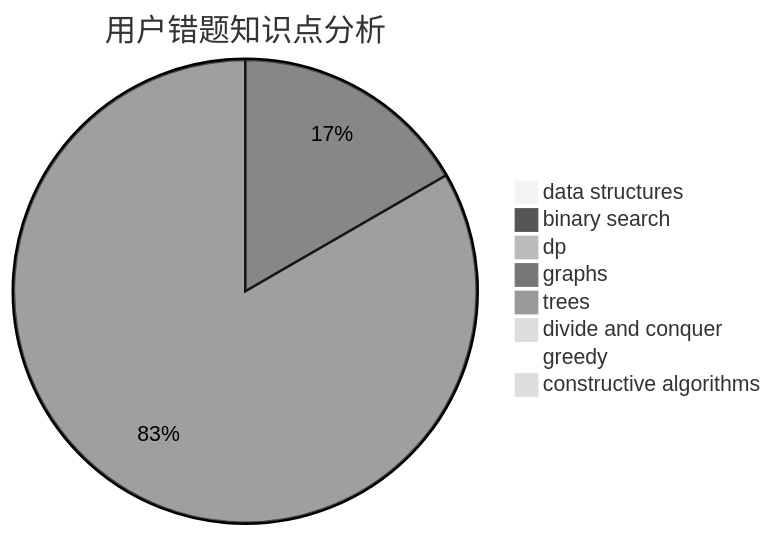
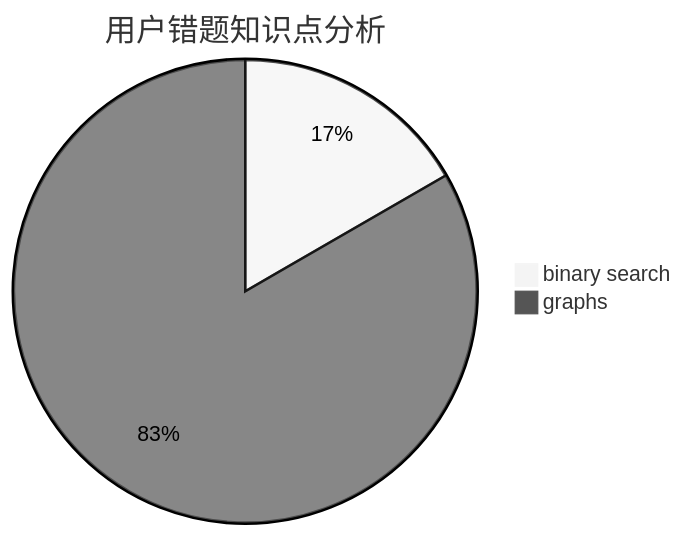
One commit to sherpahu/cfrs.github.io changed the third of 3 diagrams in docs/user/u2384.md. Above: the diagram before and after it, drawn with Mermaid (neutral theme). The commit also changed other lines of this file and 2770 other files, not shown here.

````diff
--- a/docs/user/u2384.md
+++ b/docs/user/u2384.md
@@ -31,11 +25,5 @@
 ```mermaid
 pie title 用户错题知识点分析
-    "data structures" :  0
     "binary search" :  2
-    "dp" :  0
     "graphs" :  10
-    "trees" :  0
-    "divide and conquer" :  0
-    "greedy" :  0
-    "constructive algorithms" :  0
 ```
````
